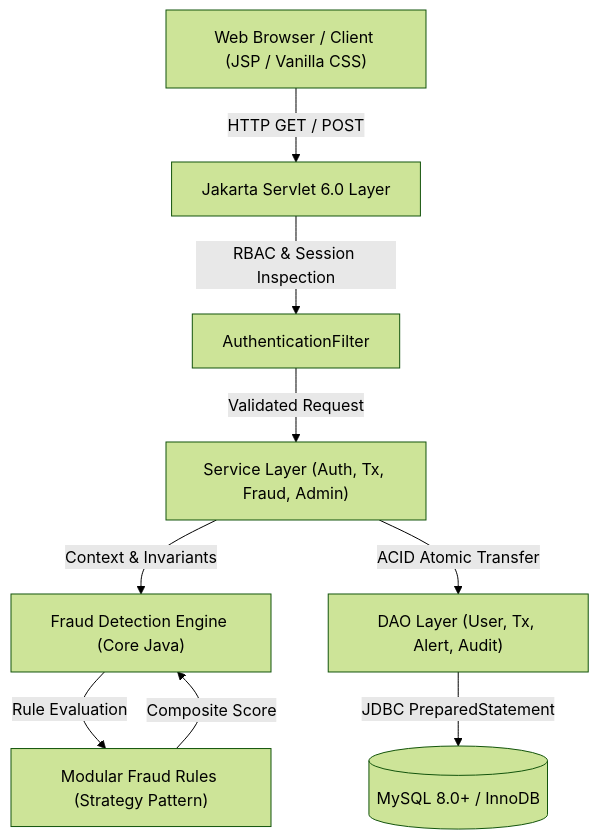
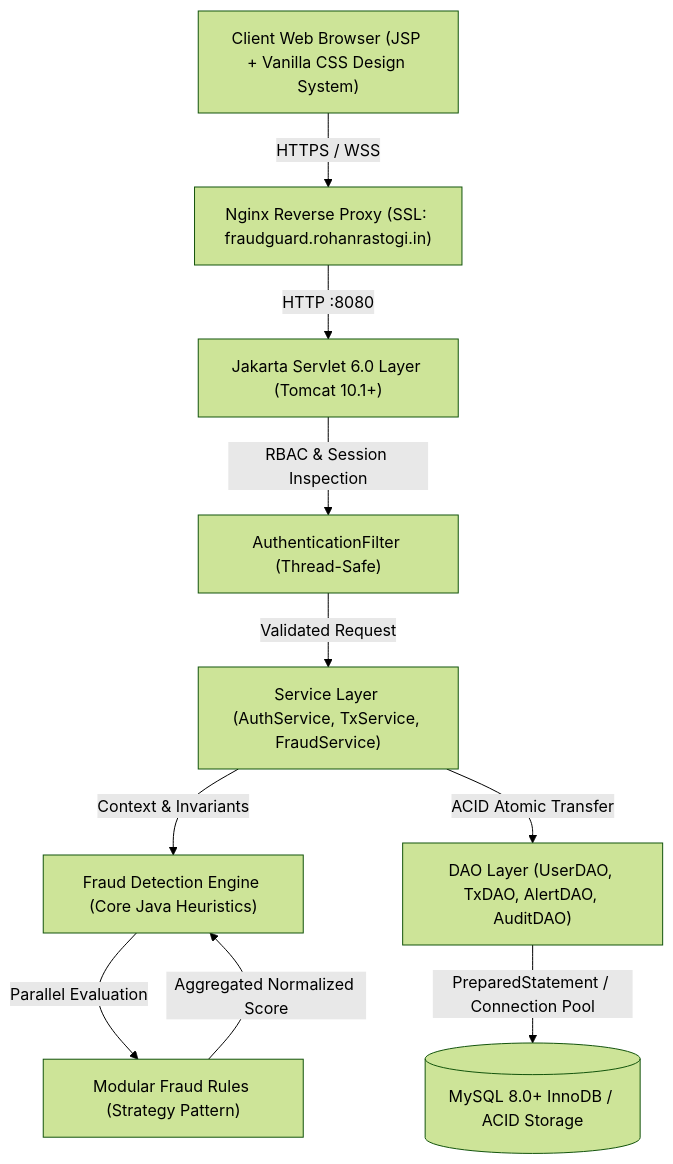
The first of 3 diagrams in README.md (RohanRastogi1/FRAUDGUARD-AI-Powered-Fraud-Detection-System), drawn with Mermaid (forest theme) before and after one commit. The commit also changed other lines of this file and 32 other files, not shown here.

First line of the commit message:
feat: enterprise fraud detection platform, real-time pipeline, and technical documentation

````diff
--- a/README.md
+++ b/README.md
@@ -28,11 +36,12 @@
 ```mermaid
 graph TD
-    Client["Web Browser / Client (JSP / Vanilla CSS)"] -->|HTTP GET / POST| Servlets["Jakarta Servlet 6.0 Layer"]
-    Servlets -->|RBAC & Session Inspection| Filter["AuthenticationFilter"]
-    Filter -->|Validated Request| Services["Service Layer (Auth, Tx, Fraud, Admin)"]
-    Services -->|Context & Invariants| Engine["Fraud Detection Engine (Core Java)"]
-    Engine -->|Rule Evaluation| Rules["Modular Fraud Rules (Strategy Pattern)"]
-    Rules -->|Composite Score| Engine
-    Services -->|ACID Atomic Transfer| DAO["DAO Layer (User, Tx, Alert, Audit)"]
-    DAO -->|JDBC PreparedStatement| DB[(MySQL 8.0+ / InnoDB)]
+    Client["Client Web Browser (JSP + Vanilla CSS Design System)"] -->|HTTPS / WSS| Nginx["Nginx Reverse Proxy (SSL: fraudguard.rohanrastogi.in)"]
+    Nginx -->|HTTP :8080| Servlets["Jakarta Servlet 6.0 Layer (Tomcat 10.1+)"]
+    Servlets -->|RBAC & Session Inspection| Filter["AuthenticationFilter (Thread-Safe)"]
+    Filter -->|Validated Request| Services["Service Layer (AuthService, TxService, FraudService)"]
+    Services -->|Context & Invariants| Engine["Fraud Detection Engine (Core Java Heuristics)"]
+    Engine -->|Parallel Evaluation| Rules["Modular Fraud Rules (Strategy Pattern)"]
+    Rules -->|Aggregated Normalized Score| Engine
+    Services -->|ACID Atomic Transfer| DAO["DAO Layer (UserDAO, TxDAO, AlertDAO, AuditDAO)"]
+    DAO -->|PreparedStatement / Connection Pool| DB[(MySQL 8.0+ InnoDB / ACID Storage)]
 ```
````
